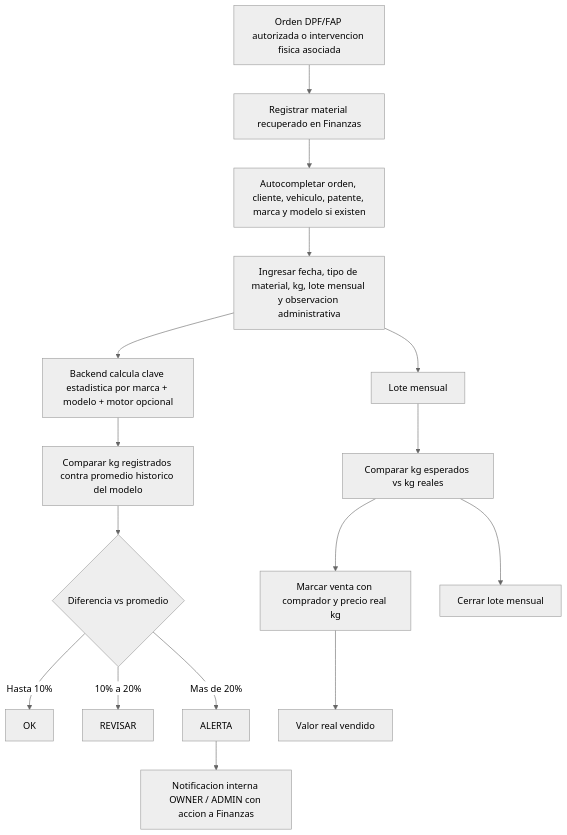
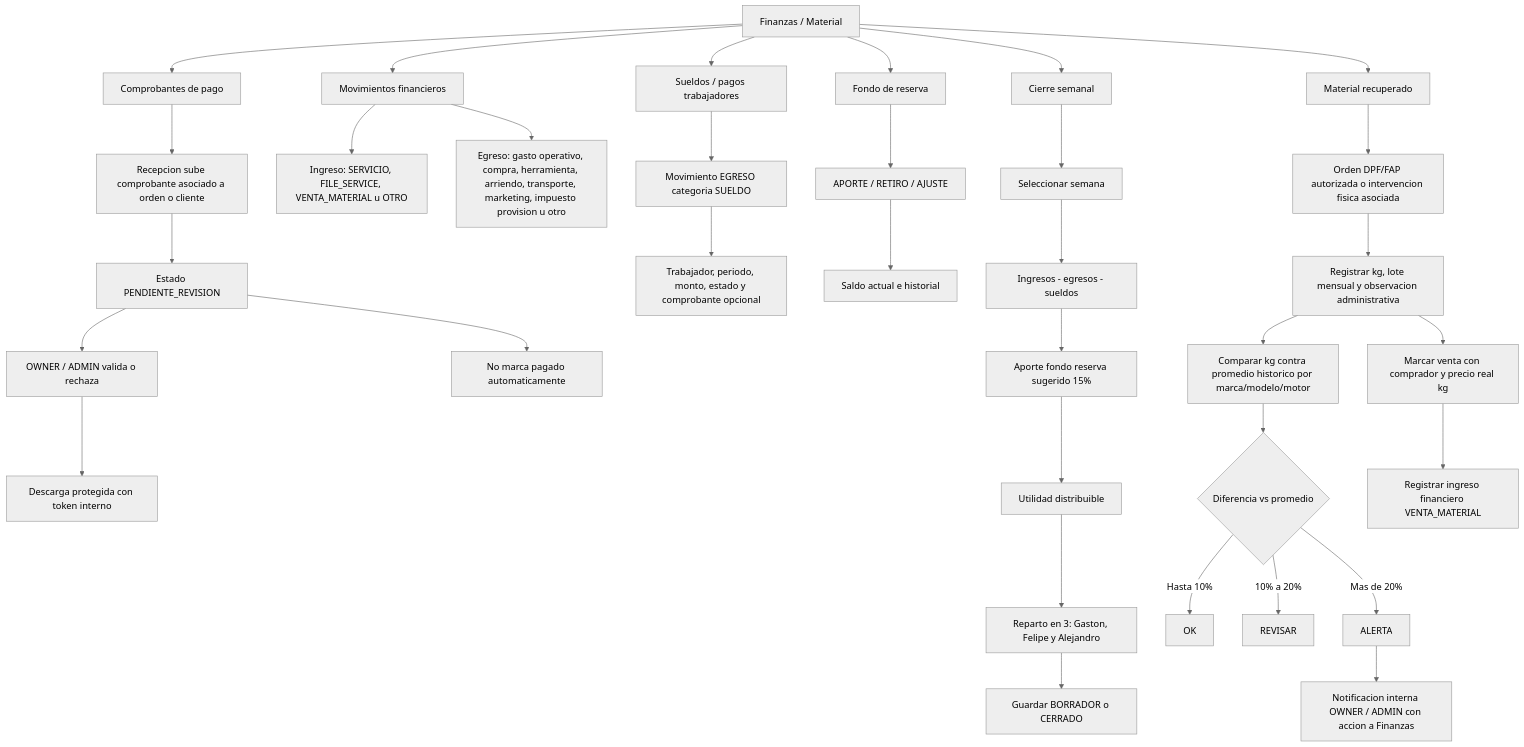
Diagram 12 of 15 in docs/DIAGRAMA_FLUJO_GMTCH_TUNE_OS.md (gastonmunoz-glitch/gmtch-tune), drawn with Mermaid (neutral theme) before and after one commit. The commit also changed other lines of this file and 14 other files, not shown here.

````diff
--- a/docs/DIAGRAMA_FLUJO_GMTCH_TUNE_OS.md
+++ b/docs/DIAGRAMA_FLUJO_GMTCH_TUNE_OS.md
@@ -240,18 +240,41 @@
 ```mermaid
 flowchart TD
-  A["Orden DPF/FAP autorizada o intervencion fisica asociada"] --> B["Registrar material recuperado en Finanzas"]
-  B --> C["Autocompletar orden, cliente, vehiculo, patente, marca y modelo si existen"]
-  C --> D["Ingresar fecha, tipo de material, kg, lote mensual y observacion administrativa"]
-  D --> E["Backend calcula clave estadistica por marca + modelo + motor opcional"]
-  E --> F["Comparar kg registrados contra promedio historico del modelo"]
-  F --> G{"Diferencia vs promedio"}
-  G -->|Hasta 10%| H["OK"]
-  G -->|10% a 20%| I["REVISAR"]
-  G -->|Mas de 20%| J["ALERTA"]
-  J --> K["Notificacion interna OWNER / ADMIN con accion a Finanzas"]
-  D --> L["Lote mensual"]
-  L --> M["Comparar kg esperados vs kg reales"]
-  M --> N["Marcar venta con comprador y precio real kg"]
-  N --> O["Valor real vendido"]
-  M --> P["Cerrar lote mensual"]
+  A["Finanzas / Material"] --> B["Comprobantes de pago"]
+  A --> C["Movimientos financieros"]
+  A --> D["Sueldos / pagos trabajadores"]
+  A --> E["Fondo de reserva"]
+  A --> F["Cierre semanal"]
+  A --> G["Material recuperado"]
+
+  B --> B1["Recepcion sube comprobante asociado a orden o cliente"]
+  B1 --> B2["Estado PENDIENTE_REVISION"]
+  B2 --> B3["OWNER / ADMIN valida o rechaza"]
+  B3 --> B4["Descarga protegida con token interno"]
+  B2 --> B5["No marca pagado automaticamente"]
+
+  C --> C1["Ingreso: SERVICIO, FILE_SERVICE, VENTA_MATERIAL u OTRO"]
+  C --> C2["Egreso: gasto operativo, compra, herramienta, arriendo, transporte, marketing, impuesto provision u otro"]
+  D --> D1["Movimiento EGRESO categoria SUELDO"]
+  D1 --> D2["Trabajador, periodo, monto, estado y comprobante opcional"]
+
+  E --> E1["APORTE / RETIRO / AJUSTE"]
+  E1 --> E2["Saldo actual e historial"]
+
+  F --> F1["Seleccionar semana"]
+  F1 --> F2["Ingresos - egresos - sueldos"]
+  F2 --> F3["Aporte fondo reserva sugerido 15%"]
+  F3 --> F4["Utilidad distribuible"]
+  F4 --> F5["Reparto en 3: Gaston, Felipe y Alejandro"]
+  F5 --> F6["Guardar BORRADOR o CERRADO"]
+
+  G --> G1["Orden DPF/FAP autorizada o intervencion fisica asociada"]
+  G1 --> G2["Registrar kg, lote mensual y observacion administrativa"]
+  G2 --> G3["Comparar kg contra promedio historico por marca/modelo/motor"]
+  G3 --> G4{"Diferencia vs promedio"}
+  G4 -->|Hasta 10%| G5["OK"]
+  G4 -->|10% a 20%| G6["REVISAR"]
+  G4 -->|Mas de 20%| G7["ALERTA"]
+  G7 --> G8["Notificacion interna OWNER / ADMIN con accion a Finanzas"]
+  G2 --> G9["Marcar venta con comprador y precio real kg"]
+  G9 --> G10["Registrar ingreso financiero VENTA_MATERIAL"]
 ```
````
